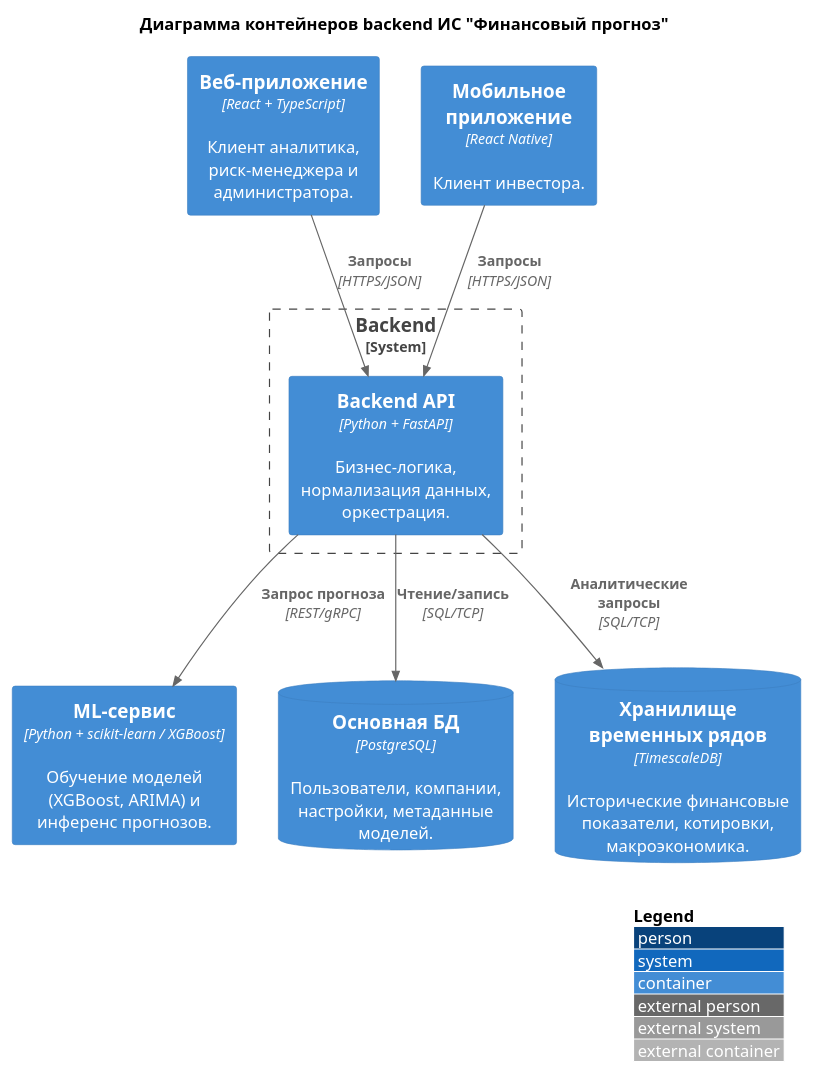
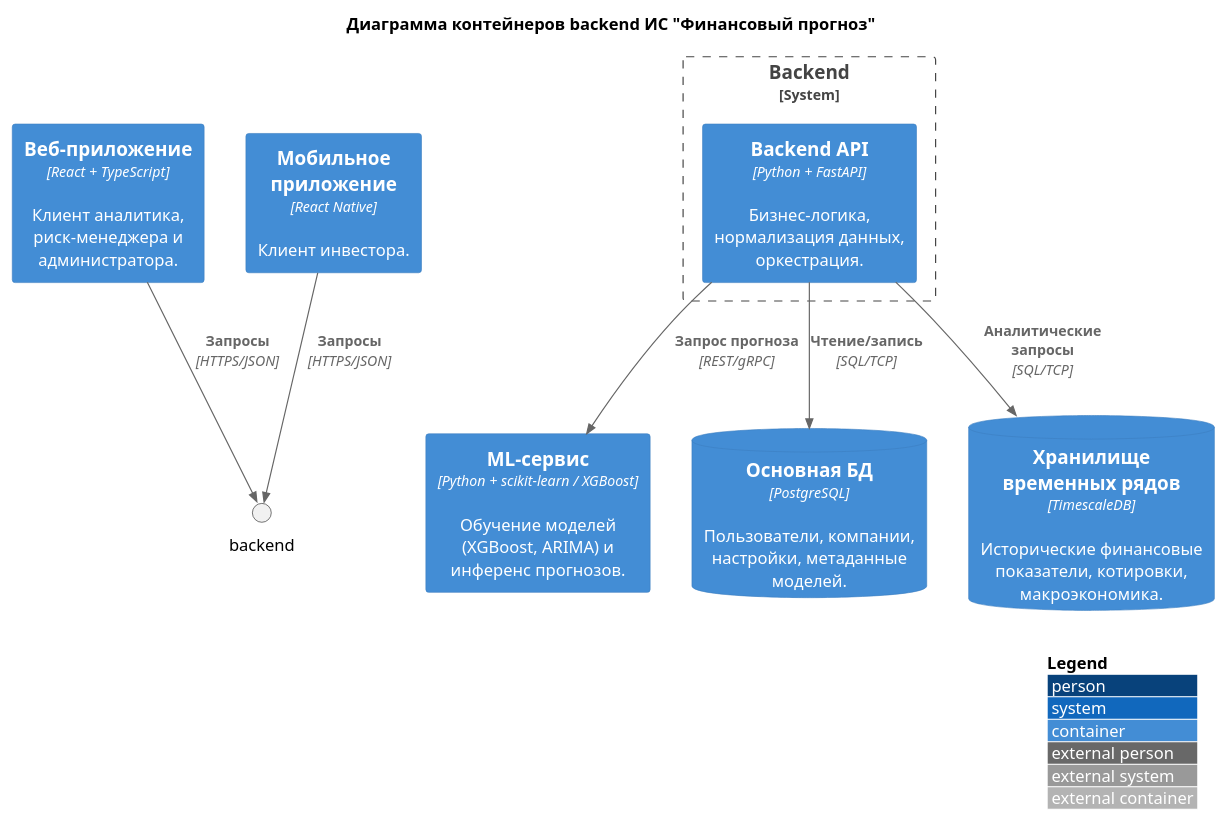
Before and after one commit to Jjots/finance-forecast-app: the diagram in src/l2-containers/diana-containers.puml, drawn with PlantUML. The commit also changed 2 other files, not shown here.

Commit message:
fix: update PlantUML diagrams

```diff
--- a/src/l2-containers/diana-containers.puml
+++ b/src/l2-containers/diana-containers.puml
@@ -1,25 +1,25 @@
 @startuml
 !include <C4/C4_Container>
 
 LAYOUT_WITH_LEGEND()
 
 title Диаграмма контейнеров backend ИС "Финансовый прогноз"
 
 Container(web_app, "Веб-приложение", "React + TypeScript", "Клиент аналитика, риск-менеджера и администратора.")
 Container(mobile_app, "Мобильное приложение", "React Native", "Клиент инвестора.")
 
 System_Boundary(backend_boundary, "Backend") {
     Container(api_backend, "Backend API", "Python + FastAPI", "Бизнес-логика, нормализация данных, оркестрация.")
 }
 
 Container(ml_service, "ML-сервис", "Python + scikit-learn / XGBoost", "Обучение моделей (XGBoost, ARIMA) и инференс прогнозов.")
 ContainerDb(db_main, "Основная БД", "PostgreSQL", "Пользователи, компании, настройки, метаданные моделей.")
 ContainerDb(dwh, "Хранилище временных рядов", "TimescaleDB", "Исторические финансовые показатели, котировки, макроэкономика.")
 
-Rel(web_app, api_backend, "Запросы", "HTTPS/JSON")
-Rel(mobile_app, api_backend, "Запросы", "HTTPS/JSON")
+Rel(web_app, backend, "Запросы", "HTTPS/JSON")
+Rel(mobile_app, backend, "Запросы", "HTTPS/JSON")
 Rel(api_backend, ml_service, "Запрос прогноза", "REST/gRPC")
 Rel(api_backend, db_main, "Чтение/запись", "SQL/TCP")
 Rel(api_backend, dwh, "Аналитические запросы", "SQL/TCP")
 
 @enduml
```
